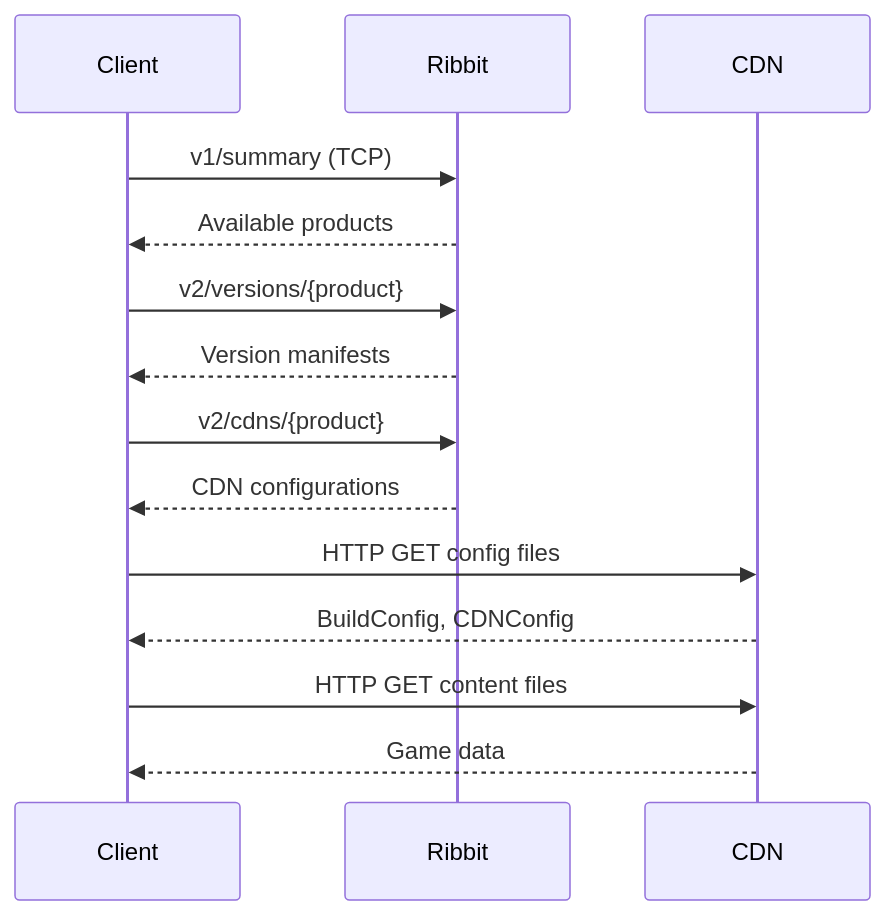
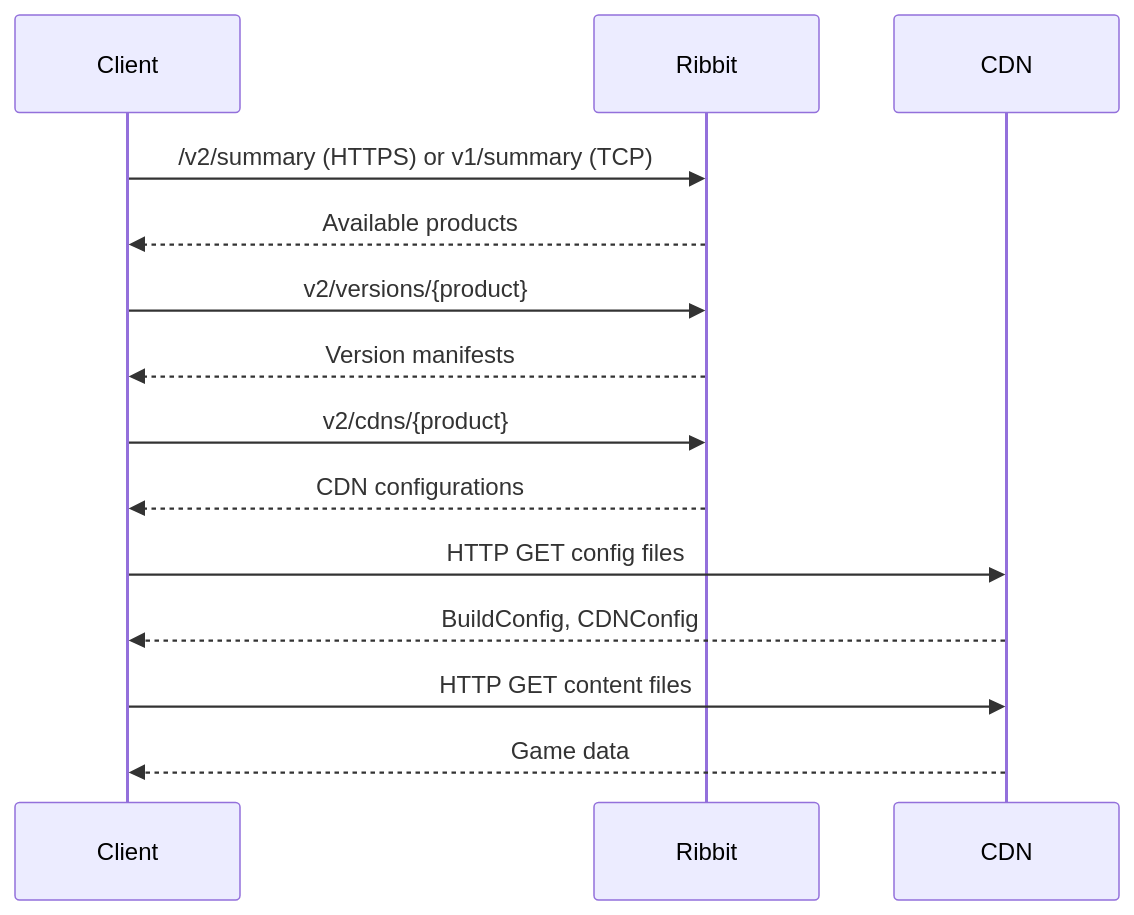
Before and after one commit to wowemulation-dev/cascette-rs: the first of 3 diagrams in docs/src/protocols/cdn.md, drawn with Mermaid. The commit also changed other lines of this file and 388 other files, not shown here.

````diff
--- a/docs/src/protocols/cdn.md
+++ b/docs/src/protocols/cdn.md
@@ -18,21 +19,21 @@
 ```mermaid
 sequenceDiagram
     participant Client
     participant Ribbit
     participant CDN
 
-    Client->>Ribbit: v1/summary (TCP)
+    Client->>Ribbit: /v2/summary (HTTPS) or v1/summary (TCP)
     Ribbit-->>Client: Available products
 
     Client->>Ribbit: v2/versions/{product}
     Ribbit-->>Client: Version manifests
 
     Client->>Ribbit: v2/cdns/{product}
     Ribbit-->>Client: CDN configurations
 
     Client->>CDN: HTTP GET config files
     CDN-->>Client: BuildConfig, CDNConfig
 
     Client->>CDN: HTTP GET content files
     CDN-->>Client: Game data
 ```
````
